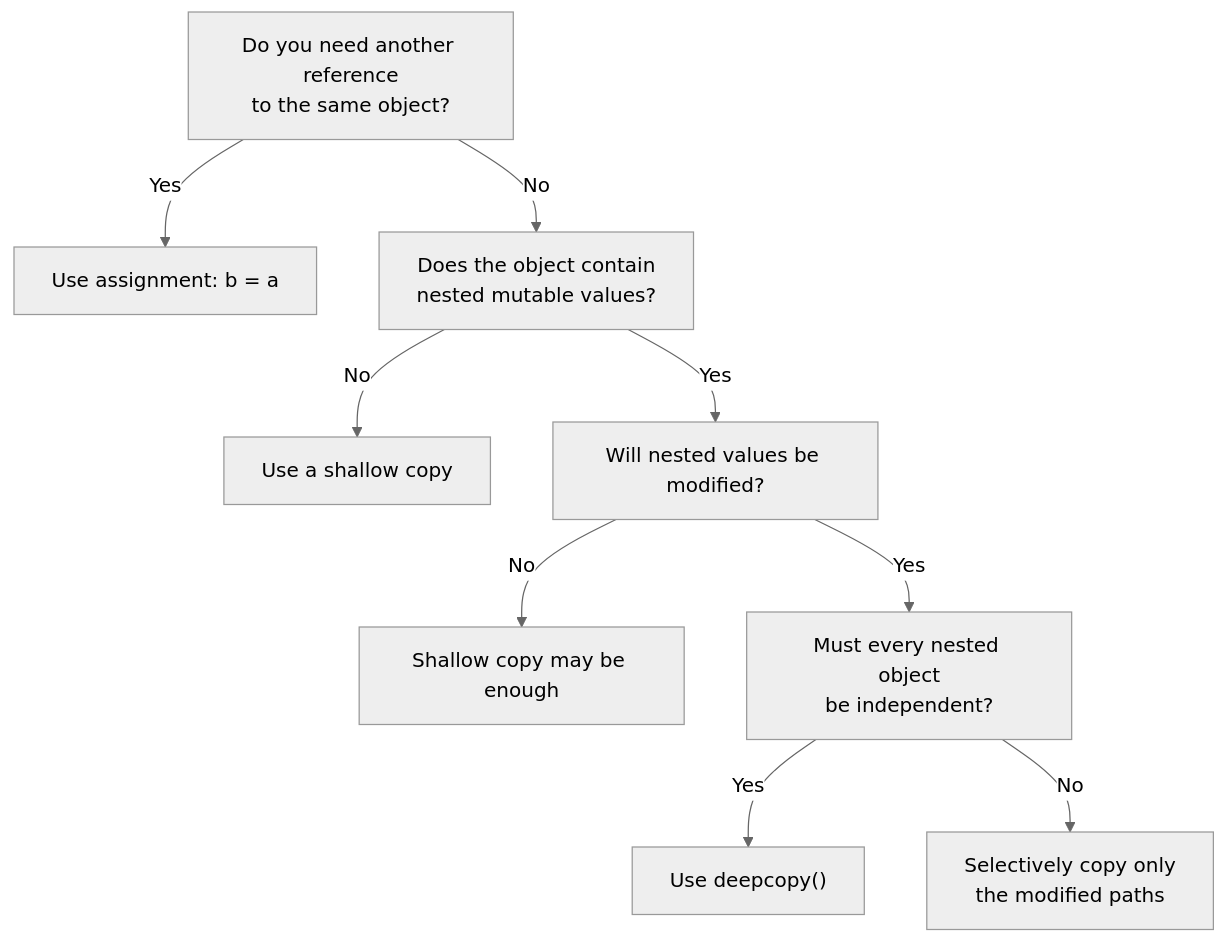
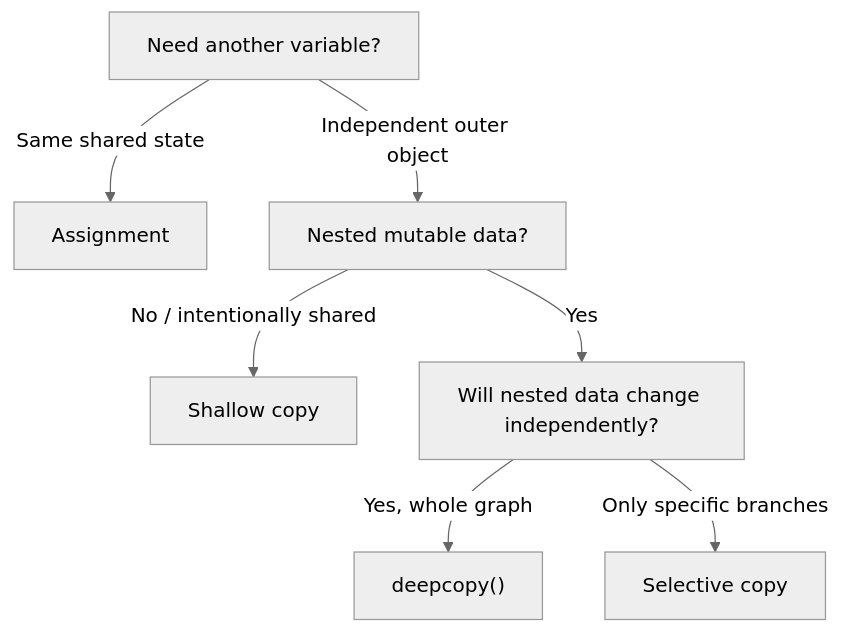
The sixth of 6 diagrams in src/content/python/shallow-vs-deep-copy.md (AvadhBhalodiya/Interview-Preparation), drawn with Mermaid (neutral theme) before and after one commit. The commit also changed other lines of this file and 80 other files, not shown here.

````diff
--- a/src/content/python/shallow-vs-deep-copy.md
+++ b/src/content/python/shallow-vs-deep-copy.md
@@ -684,14 +452,9 @@
 ```mermaid
 flowchart TD
-    A["Do you need another reference<br/>to the same object?"] -->|Yes| B["Use assignment: b = a"]
-    A -->|No| C["Does the object contain<br/>nested mutable values?"]
-
-    C -->|No| D["Use a shallow copy"]
-    C -->|Yes| E["Will nested values be modified?"]
-
-    E -->|No| F["Shallow copy may be enough"]
-    E -->|Yes| G["Must every nested object<br/>be independent?"]
-
-    G -->|Yes| H["Use deepcopy()"]
-    G -->|No| I["Selectively copy only<br/>the modified paths"]
+    A["Need another variable?"] -->|"Same shared state"| B["Assignment"]
+    A -->|"Independent outer object"| C["Nested mutable data?"]
+    C -->|"No / intentionally shared"| D["Shallow copy"]
+    C -->|"Yes"| E["Will nested data change independently?"]
+    E -->|"Yes, whole graph"| F["deepcopy()"]
+    E -->|"Only specific branches"| G["Selective copy"]
 ```
````
